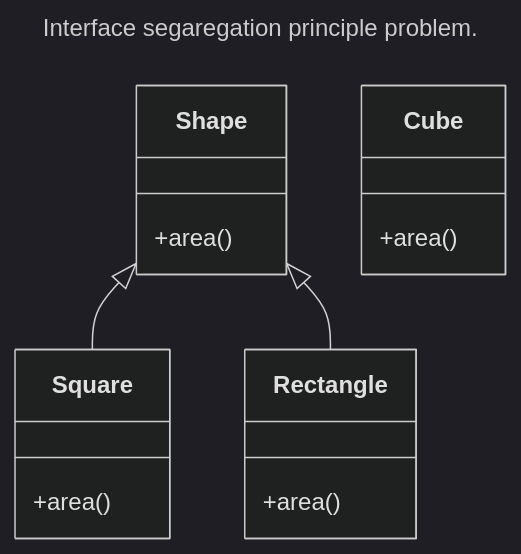
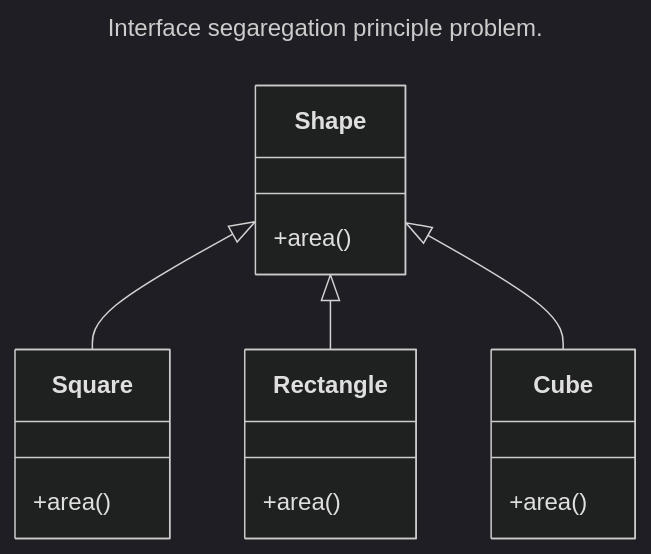
One commit to sovan92/LowLevelDesignDocuments changed the third of 3 diagrams in LLD_Educative.md. Above: the diagram before and after it, drawn with Mermaid (dark theme).

````diff
--- a/LLD_Educative.md
+++ b/LLD_Educative.md
@@ -60,21 +60,22 @@
 ```mermaid
 ---
 title: Interface segaregation principle problem. 
 ---
 
 classDiagram
   interface Shape
   Shape:+area()
   Shape <|-- Square
   Shape <|-- Rectangle
+  Shape <|-- Cube
   
 
   interface Square
   Square:+area()
   
   interface Rectangle 
   Rectangle:+area()
   
   interface Cube
   Cube:+area()
 ```
````
